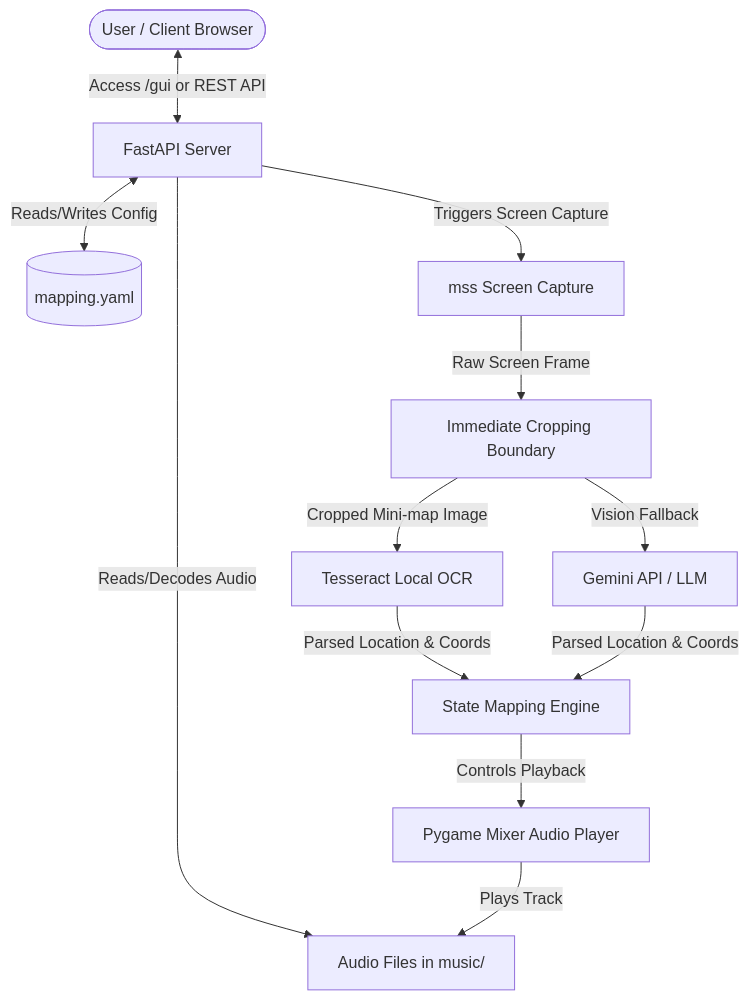
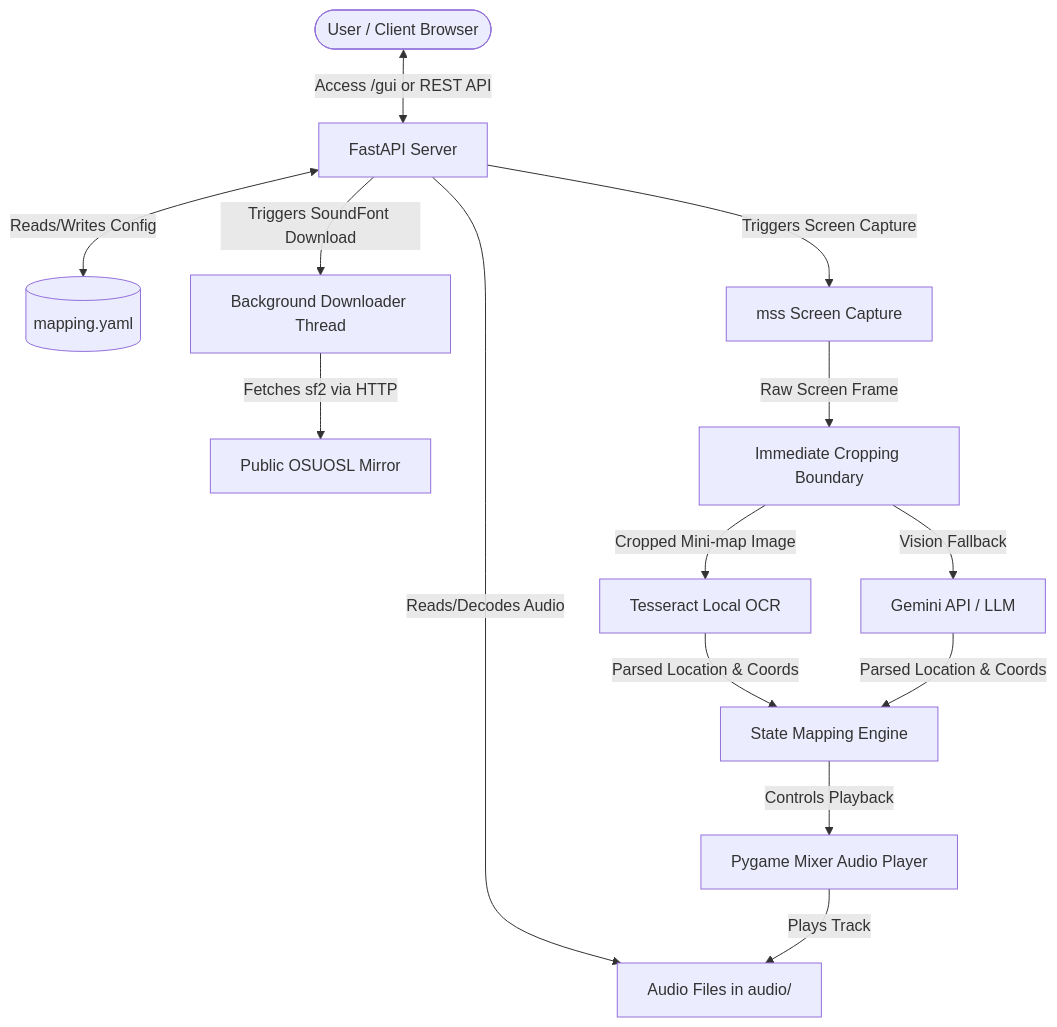
The diagram in threat_model.md (Evergold/roving-bard), drawn with Mermaid before and after one commit. The commit also changed other lines of this file and 1 other file, not shown here.

````diff
--- a/threat_model.md
+++ b/threat_model.md
@@ -11,14 +11,16 @@
 ```mermaid
 graph TD
     User([User / Client Browser]) <-->|Access /gui or REST API| API[FastAPI Server]
     API <-->|Reads/Writes Config| Config[(mapping.yaml)]
-    API -->|Reads/Decodes Audio| Audio[Audio Files in music/]
+    API -->|Reads/Decodes Audio| Audio[Audio Files in audio/]
     API -->|Triggers Screen Capture| Screen[mss Screen Capture]
+    API -->|Triggers SoundFont Download| Downloader[Background Downloader Thread]
+    Downloader -->|Fetches sf2 via HTTP| Mirror[Public OSUOSL Mirror]
     Screen -->|Raw Screen Frame| Crop[Immediate Cropping Boundary]
     Crop -->|Cropped Mini-map Image| LocalOCR[Tesseract Local OCR]
     Crop -->|Vision Fallback| Gemini[Gemini API / LLM]
     LocalOCR -->|Parsed Location & Coords| Mapper[State Mapping Engine]
     Gemini -->|Parsed Location & Coords| Mapper
     Mapper -->|Controls Playback| Player[Pygame Mixer Audio Player]
     Player -->|Plays Track| Audio
 ```
````
